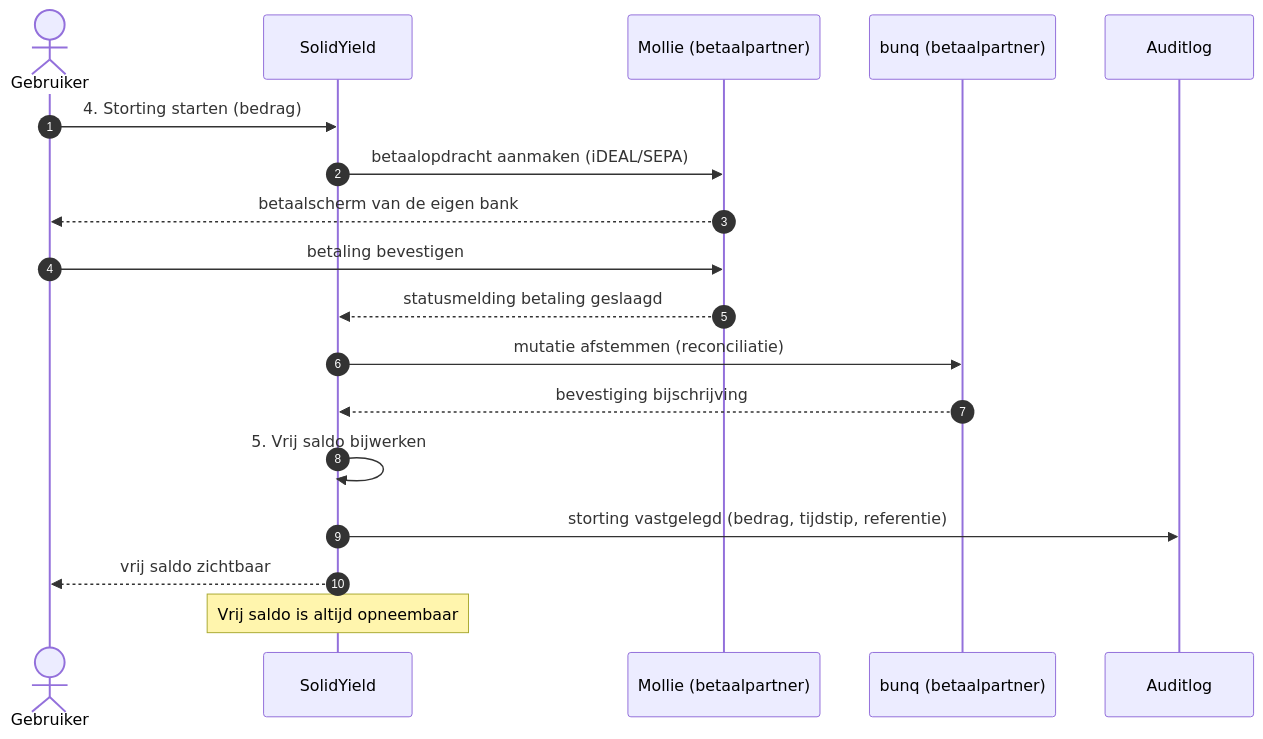
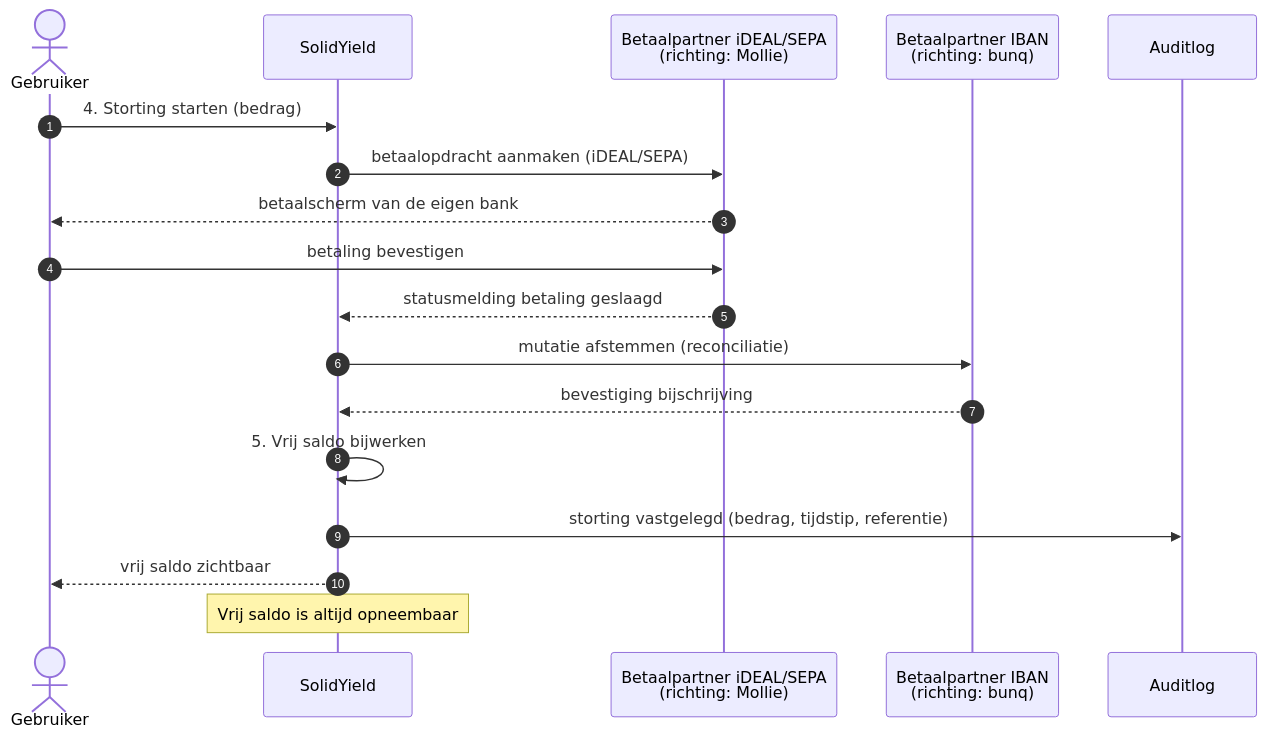
Before and after one commit to WildcatKSS/SolidYield: the second of 7 diagrams in docs/architecture/adr/0008-geld-en-contractstroom.md, drawn with Mermaid. The commit also changed other lines of this file and 13 other files, not shown here.

````diff
--- a/docs/architecture/adr/0008-geld-en-contractstroom.md
+++ b/docs/architecture/adr/0008-geld-en-contractstroom.md
@@ -109,22 +126,22 @@
 ```mermaid
 sequenceDiagram
     autonumber
     actor G as Gebruiker
     participant SY as SolidYield
-    participant M as Mollie (betaalpartner)
-    participant B as bunq (betaalpartner)
+    participant M as Betaalpartner iDEAL/SEPA<br/>(richting: Mollie)
+    participant B as Betaalpartner IBAN<br/>(richting: bunq)
     participant AUD as Auditlog
 
     G->>SY: 4. Storting starten (bedrag)
     SY->>M: betaalopdracht aanmaken (iDEAL/SEPA)
     M-->>G: betaalscherm van de eigen bank
     G->>M: betaling bevestigen
     M-->>SY: statusmelding betaling geslaagd
     SY->>B: mutatie afstemmen (reconciliatie)
     B-->>SY: bevestiging bijschrijving
     SY->>SY: 5. Vrij saldo bijwerken
     SY->>AUD: storting vastgelegd (bedrag, tijdstip, referentie)
     SY-->>G: vrij saldo zichtbaar
 
     Note over SY: Vrij saldo is altijd opneembaar
 ```
````
